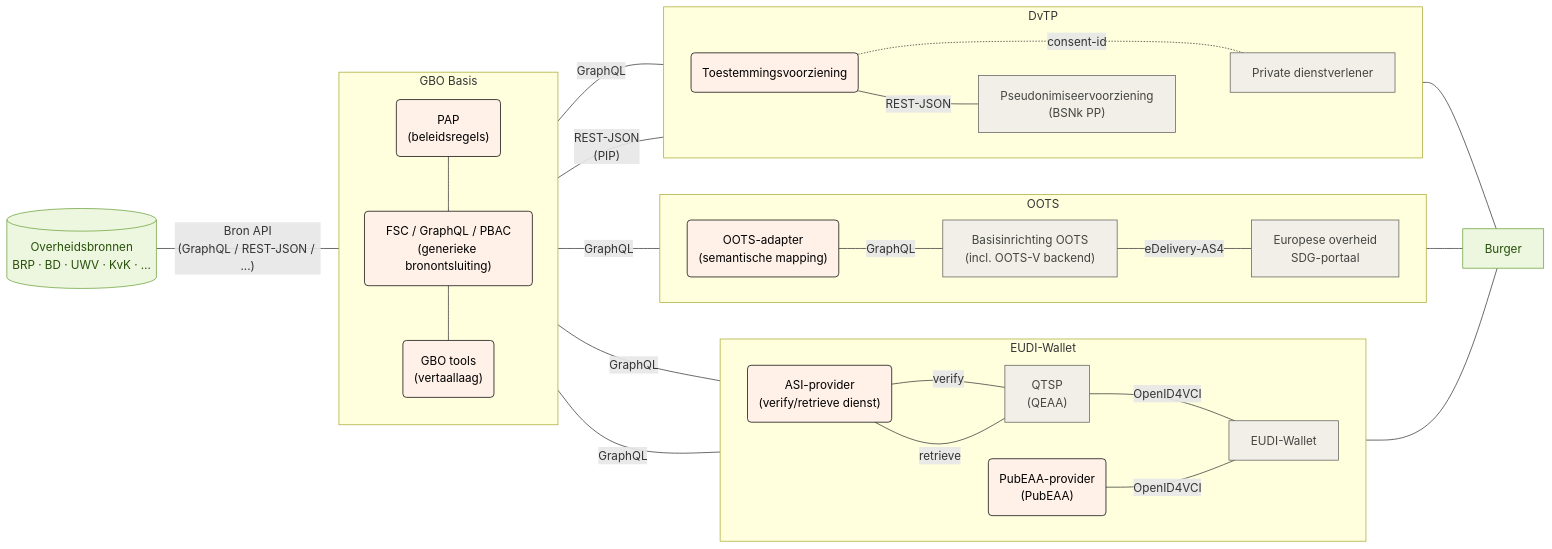
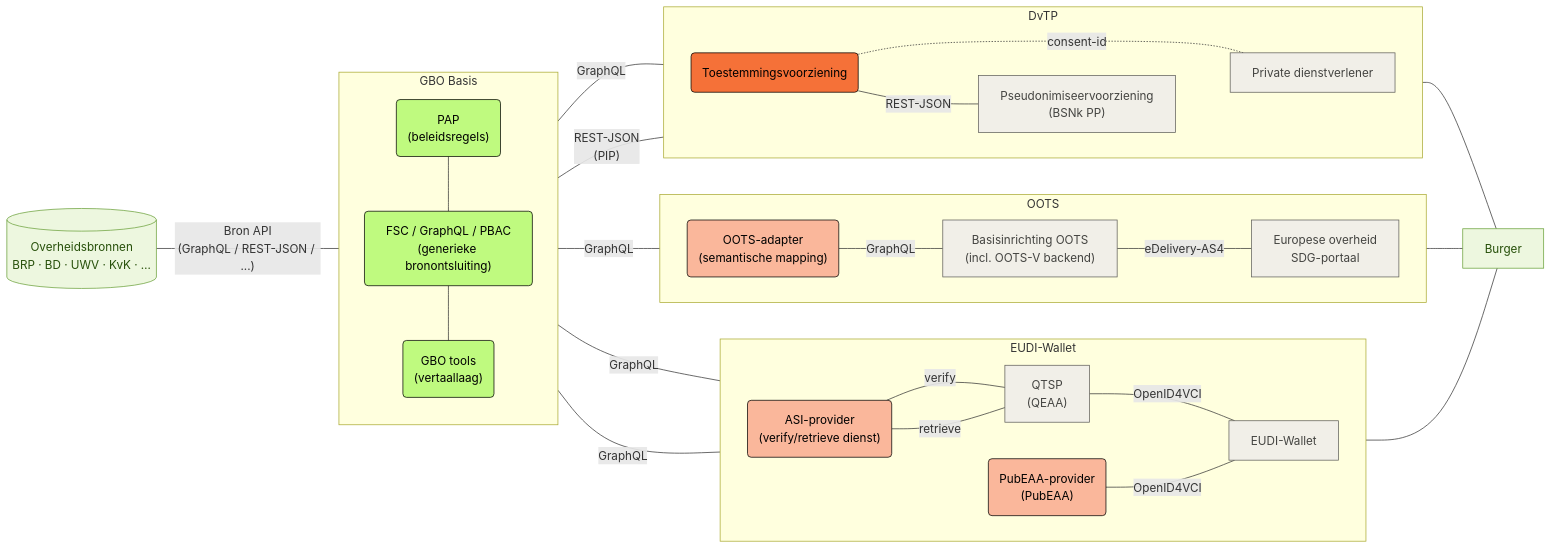
Before and after one commit to ICTU/GBO-GO: the diagram in main/diagrammen/gbo_swimlanes.mmd, drawn with Mermaid. The commit also changed 5 other files, not shown here.

```diff
--- a/main/diagrammen/gbo_swimlanes.mmd
+++ b/main/diagrammen/gbo_swimlanes.mmd
@@ -1,70 +1,71 @@
 flowchart LR
   subgraph gbo["GBO Basis"]
     direction TB
         fsc_pap("PAP<br/>(beleidsregels)")
         fsc("FSC / GraphQL / PBAC<br/>(generieke bronontsluiting)")
         fsc_tools("GBO tools<br/>(vertaallaag)")
   end
   subgraph eudi["EUDI-Wallet"]
     direction LR
         eudi_asi("ASI-provider<br/>(verify/retrieve dienst)")
         eudi_pubeaa("PubEAA-provider<br/>(PubEAA)")
         eudi_qeaa["QTSP<br/>(QEAA)"]
         eudi_wallet["EUDI-Wallet"]
   end
   subgraph oots["OOTS"]
     direction LR
         oots_adapter("OOTS-adapter<br/>(semantische mapping)")
         oots_basis["Basisinrichting OOTS<br/>(incl. OOTS-V backend)"]
         oots_afnemer["Europese overheid<br/>SDG-portaal"]
   end
   subgraph dvtp["DvTP"]
     direction LR
         dvtp_toestemming("Toestemmingsvoorziening")
         dvtp_pseudoniem["Pseudonimiseervoorziening<br/>(BSNk PP)"]
         dvtp_afnemer["Private dienstverlener"]
   end
 
   fsc_pap --- fsc
   fsc --- fsc_tools
   bron[("Overheidsbronnen<br/>BRP · BD · UWV · KvK · …")] -- Bron API<br/>(GraphQL / REST-JSON / ...) --- gbo
   eudi_asi -- verify --- eudi_qeaa
   eudi_asi -- retrieve --- eudi_qeaa
   eudi_qeaa -- OpenID4VCI --- eudi_wallet
   gbo -- GraphQL --- eudi_asi & eudi_pubeaa & oots_adapter & dvtp_afnemer
+  eudi_asi ~~~ eudi_pubeaa
   eudi_pubeaa -- OpenID4VCI --- eudi_wallet
   oots_adapter -- GraphQL --- oots_basis
   oots_basis -- eDelivery-AS4 --- oots_afnemer
   gbo -- REST-JSON<br/>(PIP) --- dvtp_toestemming
   dvtp_toestemming -. consent-id .- dvtp_afnemer
   dvtp_toestemming -- REST-JSON --- dvtp_pseudoniem
   dvtp_pseudoniem ~~~ dvtp_afnemer
   eudi_wallet --- burger["Burger"]
   oots_afnemer --- burger
   dvtp_afnemer --- burger
 
   fsc_pap:::gbo_d
   fsc:::gbo_d
   fsc_tools:::gbo_d
   eudi_asi:::gbo_k
-  eudi_pubeaa:::gbo_c
+  eudi_pubeaa:::gbo_k
   eudi_qeaa:::eudi
   eudi_wallet:::eudi
   oots_adapter:::gbo_k
   oots_basis:::oots
   oots_afnemer:::oots
   dvtp_toestemming:::gbo_c
   dvtp_pseudoniem:::dvtp
   dvtp_afnemer:::dvtp
   bron:::bron
   burger:::burger
 
   classDef bron fill:#edf7df,stroke:#6aa13a,color:#27500a
   classDef generiek fill:#f1efe8,stroke:#5f5e5a,color:#444441
   classDef eudi fill:#f1efe8,stroke:#5f5e5a,color:#444441
   classDef oots fill:#f1efe8,stroke:#5f5e5a,color:#444441
   classDef dvtp fill:#f1efe8,stroke:#5f5e5a,color:#444441
-  classDef gbo_k fill:#fff0e8,stroke:#000000,color:#000000
-  classDef gbo_c fill:#fff0e8,stroke:#000000,color:#000000
-  classDef gbo_d fill:#fff0e8,stroke:#000000,color:#000000
+  classDef gbo_k fill:#FAB79B,stroke:#000000,color:#000000
+  classDef gbo_c fill:#F57138,stroke:#000000,color:#000000
+  classDef gbo_d fill:#BFFA7F,stroke:#000000,color:#000000
   classDef burger fill:#edf7df,stroke:#6aa13a,color:#27500a
```
